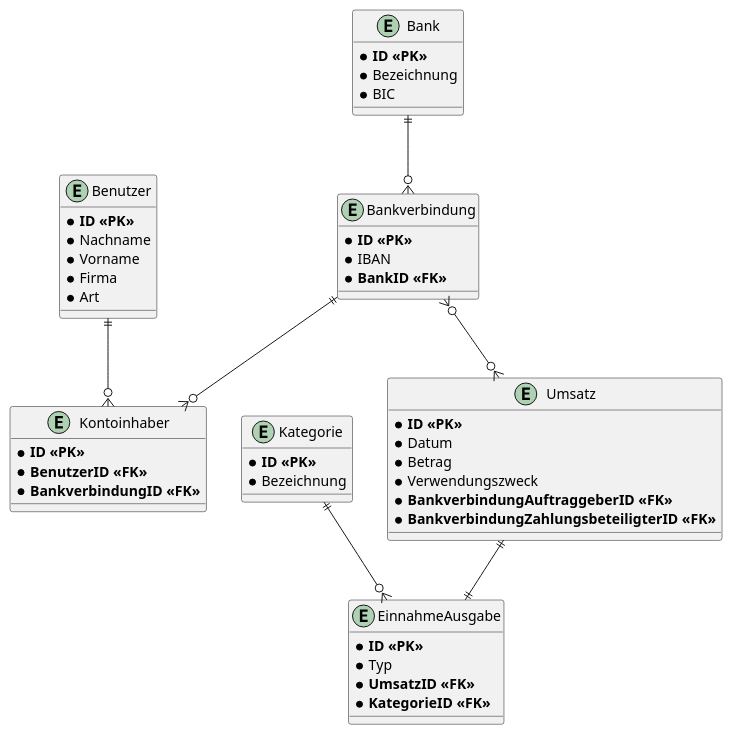
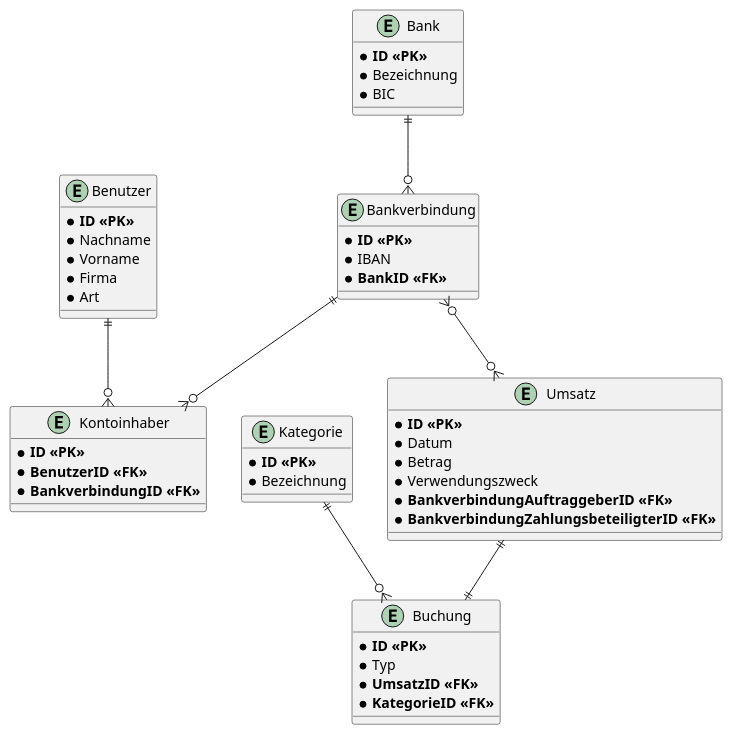
Before and after one commit to justinhada/StatementOfQosts: the diagram in designs/ERM.puml, drawn with PlantUML. The commit also changed 3 other files, not shown here.

```diff
--- a/designs/ERM.puml
+++ b/designs/ERM.puml
@@ -1,62 +1,62 @@
 @startuml
 entity Benutzer
 {
     * **ID <<PK>>**
     * Nachname
     * Vorname
     * Firma
     * Art
 }
 
 entity Bank
 {
     * **ID <<PK>>**
     * Bezeichnung
     * BIC
 }
 
 entity Kontoinhaber
 {
     * **ID <<PK>>**
     * **BenutzerID <<FK>>**
     * **BankverbindungID <<FK>>**
 }
 
 entity Bankverbindung
 {
     * **ID <<PK>>**
     * IBAN
     * **BankID <<FK>>**
 }
 
 entity Umsatz
 {
     * **ID <<PK>>**
     * Datum
     * Betrag
     * Verwendungszweck
     * **BankverbindungAuftraggeberID <<FK>>**
     * **BankverbindungZahlungsbeteiligterID <<FK>>**
 }
 
-entity EinnahmeAusgabe
+entity Buchung
 {
     * **ID <<PK>>**
     * Typ
     * **UmsatzID <<FK>>**
     * **KategorieID <<FK>>**
 }
 
 entity Kategorie
 {
     * **ID <<PK>>**
     * Bezeichnung
 }
 
 Benutzer ||--o{ Kontoinhaber
 Bankverbindung ||--o{ Kontoinhaber
 Bank ||--o{ Bankverbindung
 Bankverbindung }o--o{ Umsatz
-Kategorie ||--o{ EinnahmeAusgabe
-Umsatz ||--|| EinnahmeAusgabe
+Kategorie ||--o{ Buchung
+Umsatz ||--|| Buchung
 @enduml
```
